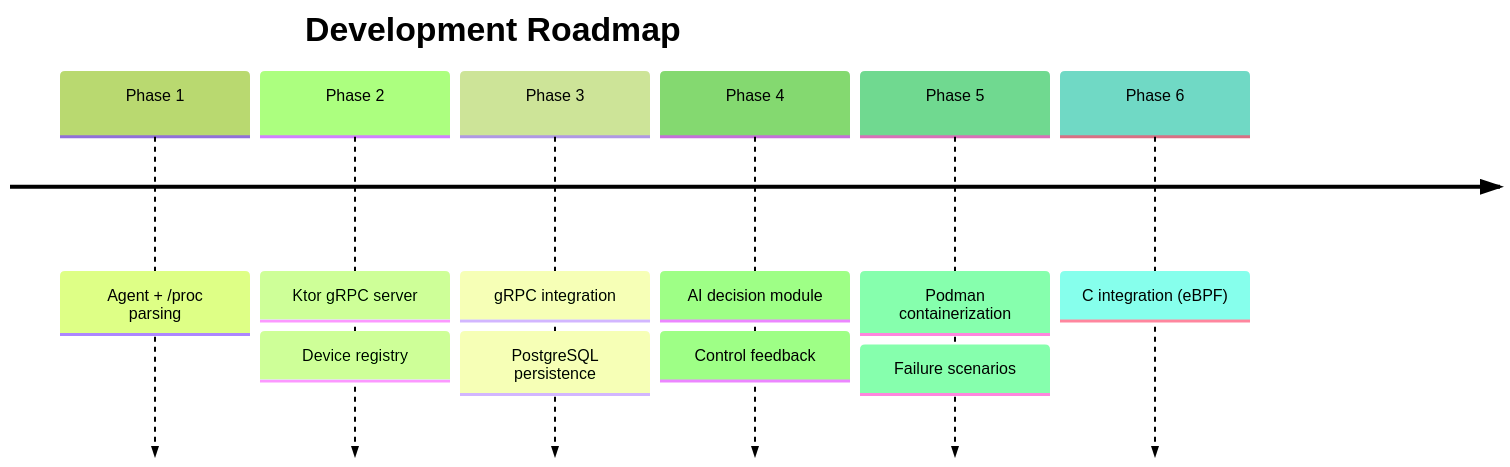
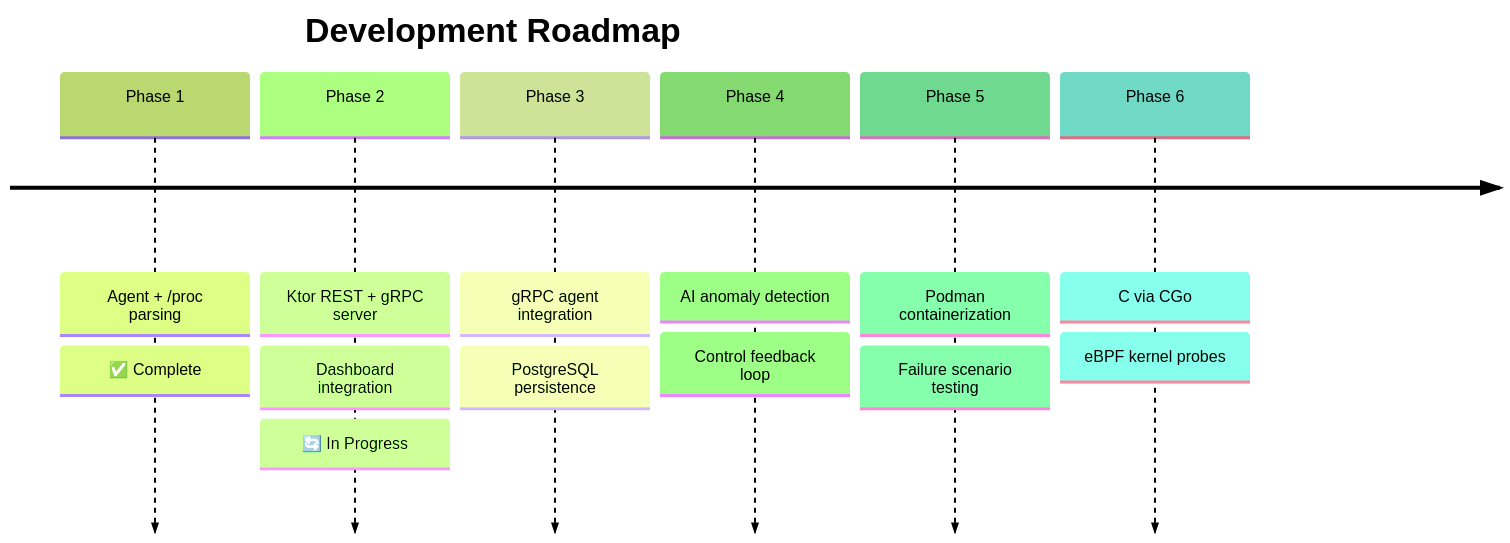
Before and after one commit to Yahia995/edge-telemetry: the third of 3 diagrams in README.md, drawn with Mermaid (forest theme). The commit also changed other lines of this file and 3 other files, not shown here.

````diff
--- a/README.md
+++ b/README.md
@@ -315,11 +270,10 @@
 ```mermaid
 timeline
     title Development Roadmap
-    Phase 1 : Agent + /proc parsing
-    Phase 2 : Ktor gRPC server : Device registry
-    Phase 3 : gRPC integration : PostgreSQL persistence
-    Phase 4 : AI decision module : Control feedback
-    Phase 5 : Podman containerization : Failure scenarios
-    Phase 6 : C integration (eBPF)
-
+    Phase 1 : Agent + /proc parsing : ✅ Complete
+    Phase 2 : Ktor REST + gRPC server : Dashboard integration : 🔄 In Progress
+    Phase 3 : gRPC agent integration : PostgreSQL persistence
+    Phase 4 : AI anomaly detection : Control feedback loop
+    Phase 5 : Podman containerization : Failure scenario testing
+    Phase 6 : C via CGo : eBPF kernel probes
 ```
````
